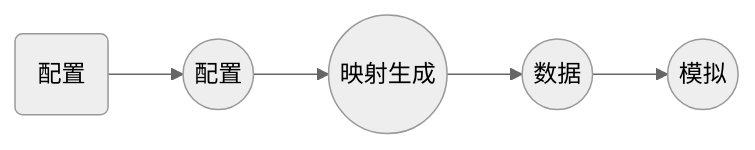
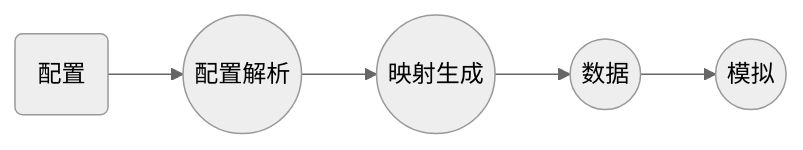
The first of 2 diagrams in docs/design/DFD.md (w158rk/Crypt-DAC), drawn with Mermaid (neutral theme) before and after one commit. The commit also changed 6 other files, not shown here.

````diff
--- a/docs/design/DFD.md
+++ b/docs/design/DFD.md
@@ -3,13 +3,13 @@
 ```mermaid
 graph LR
     config(配置)
-    configparse((配置))
+    configparse((配置解析))
     mapgen((映射生成))
     data((数据))
     sim((模拟))
 
     config-->configparse
     configparse-->mapgen
     mapgen-->data
     data-->sim
 ```
````
